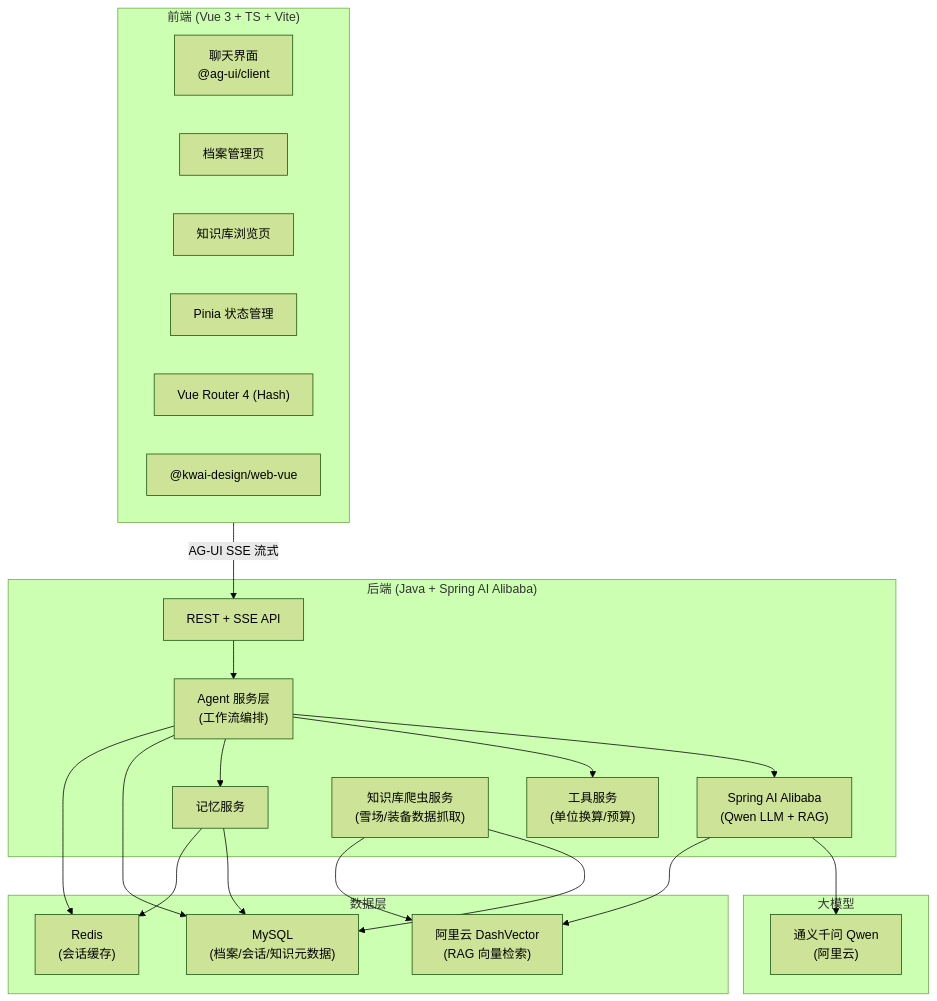
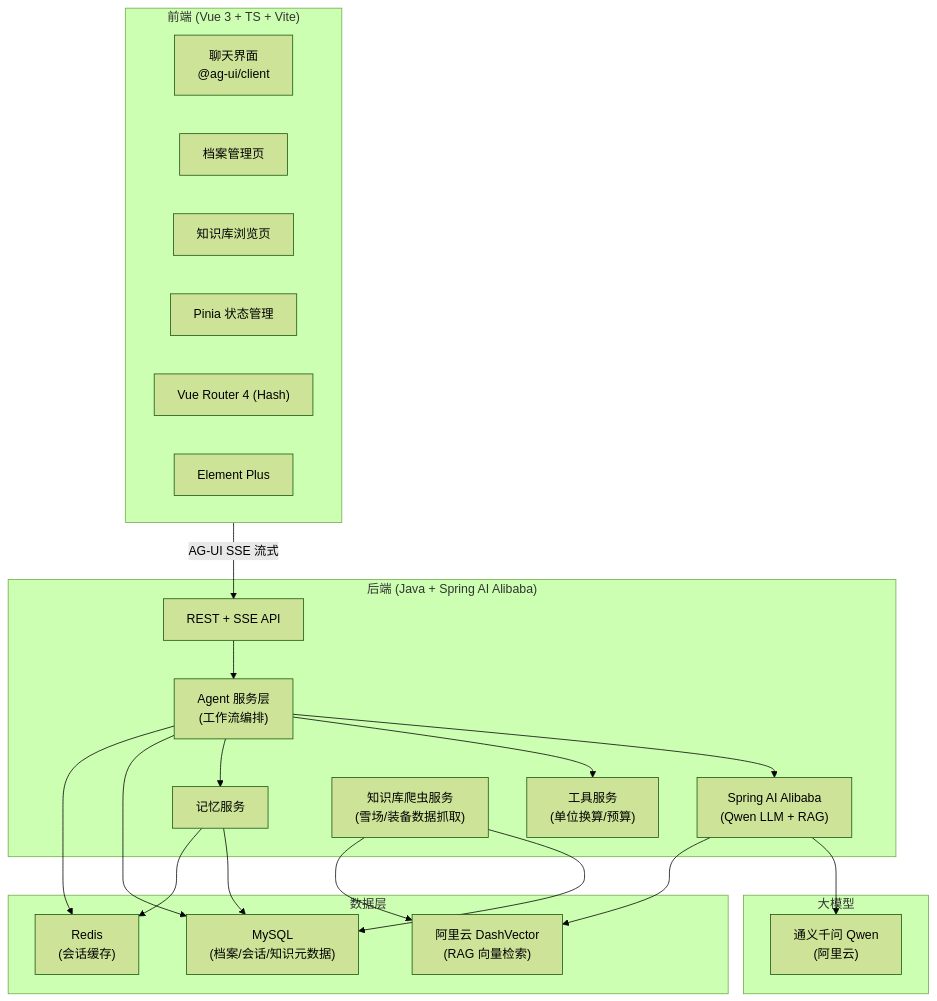
The first of 4 diagrams in docs/PROJECT_PLAN.md (JJJZZZQQQ/Ski-Agent), drawn with Mermaid (forest theme) before and after one commit. The commit also changed other lines of this file and 1 other file, not shown here.

First line of the commit message:
chore: replace kwai-design/Gundam with open-source alternatives

````diff
--- a/docs/PROJECT_PLAN.md
+++ b/docs/PROJECT_PLAN.md
@@ -136,44 +136,44 @@
 ```mermaid
 flowchart TB
     subgraph FE["前端 (Vue 3 + TS + Vite)"]
         ChatUI["聊天界面<br/>@ag-ui/client"]
         ProfileUI["档案管理页"]
         KnowledgeUI["知识库浏览页"]
         Pinia["Pinia 状态管理"]
         Router["Vue Router 4 (Hash)"]
-        KUI["@kwai-design/web-vue"]
+        KUI["Element Plus"]
     end
 
     subgraph BE["后端 (Java + Spring AI Alibaba)"]
         API["REST + SSE API"]
         AgentService["Agent 服务层<br/>(工作流编排)"]
         SpringAI["Spring AI Alibaba<br/>(Qwen LLM + RAG)"]
         ToolService["工具服务<br/>(单位换算/预算)"]
         MemoryService["记忆服务"]
         Crawler["知识库爬虫服务<br/>(雪场/装备数据抓取)"]
     end
 
     subgraph Data["数据层"]
         MySQL["MySQL<br/>(档案/会话/知识元数据)"]
         Redis["Redis<br/>(会话缓存)"]
         DashVector["阿里云 DashVector<br/>(RAG 向量检索)"]
     end
 
     subgraph LLM["大模型"]
         Qwen["通义千问 Qwen<br/>(阿里云)"]
     end
 
     FE -->|AG-UI SSE 流式| API
     API --> AgentService
     AgentService --> SpringAI
     AgentService --> ToolService
     AgentService --> MemoryService
     SpringAI --> Qwen
     SpringAI --> DashVector
     AgentService --> MySQL
     AgentService --> Redis
     MemoryService --> MySQL
     MemoryService --> Redis
     Crawler --> MySQL
     Crawler --> DashVector
 ```
````
